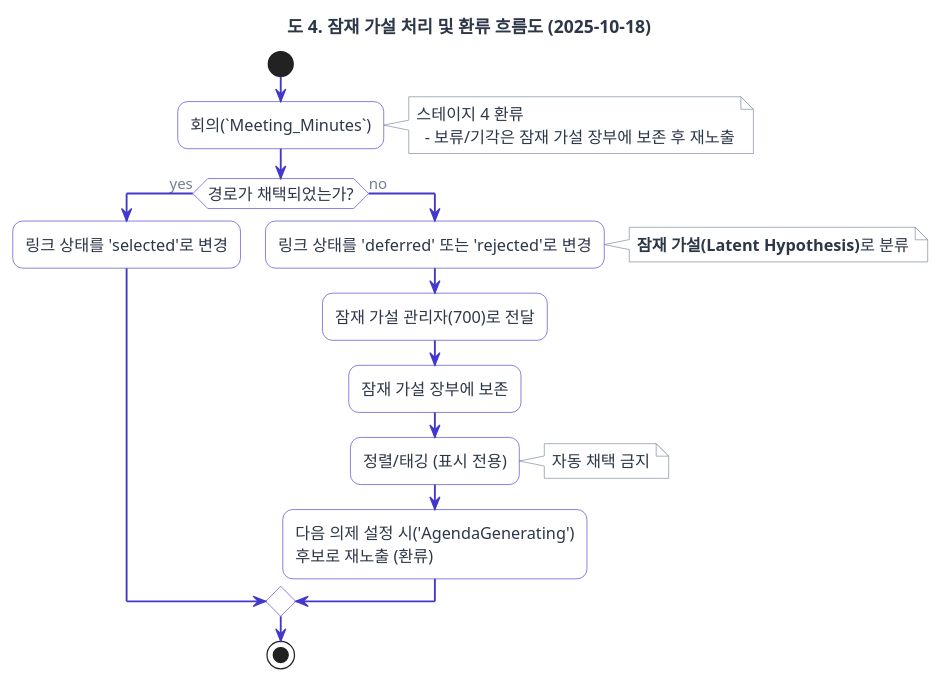
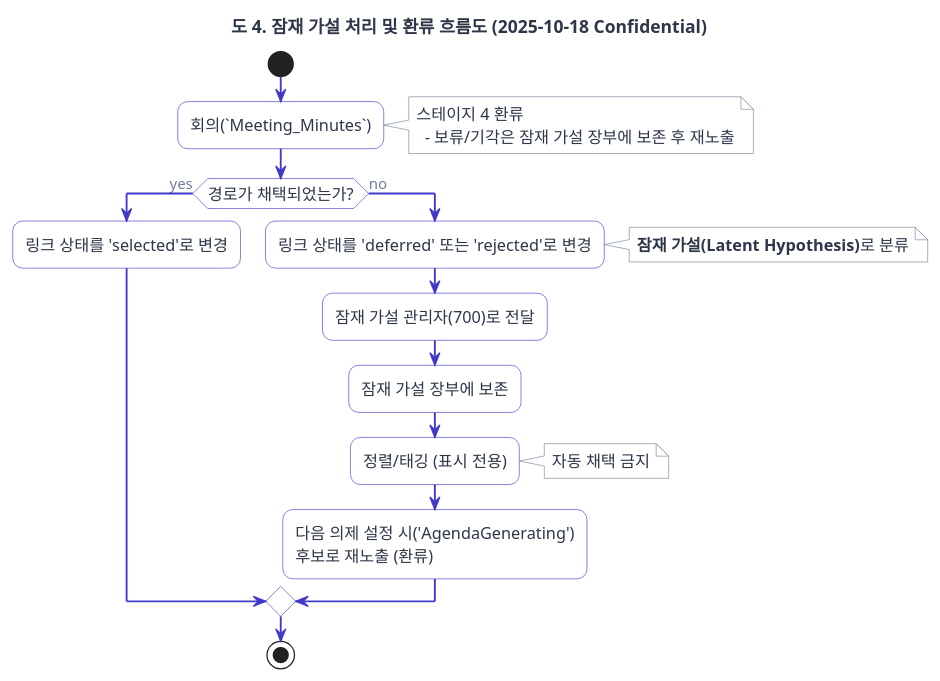
The diagram in diagrams/5_hypothesis_feedback_flow.puml (hamnYK/worflogyTemp), drawn with PlantUML before and after one commit. The commit also changed 13 other files, not shown here.

```diff
--- a/diagrams/5_hypothesis_feedback_flow.puml
+++ b/diagrams/5_hypothesis_feedback_flow.puml
@@ -1,110 +1,110 @@
 @startuml
 
-title 도 4. 잠재 가설 처리 및 환류 흐름도 (2025-10-18)
+title 도 4. 잠재 가설 처리 및 환류 흐름도 (2025-10-18 Confidential)
 
 '================================================================
 ' Worflogy.com Website Theme for PlantUML
 '================================================================
 
 '// 1. 전역 스타일 (Global Style & Fonts) //
 skinparam backgroundColor #ffffff
 skinparam defaultFontName "Pretendard"
 skinparam defaultFontSize 13
 skinparam defaultFontColor #2D3748
 skinparam shadowing false
 skinparam roundCorner 16
 
 '// 2. 화살표 및 연결선 스타일 (Arrow & Connector Style) //
 skinparam ArrowColor #718096
 skinparam ArrowThickness 1.5
 skinparam ArrowFontColor #718096
 skinparam ArrowFontSize 12
 skinparam linetype ortho
 
 '// 3. 기본 요소 스타일 (Standard Elements Style) //
 skinparam card {
   BackgroundColor #ffffff
   BorderColor #718096
 }
 skinparam note {
   BackgroundColor #ffffff
   BorderColor #718096
   FontColor #2D3748
 }
 skinparam component {
   BackgroundColor #ffffff
   BorderColor #718096
 }
 skinparam package {
   BackgroundColor #ffffff
   BorderColor #718096
 }
 skinparam database {
   BackgroundColor #ffffff
   BorderColor #718096
 }
 ' [추가] 파티션(Partition) 스타일 정의
 skinparam partition {
   BackgroundColor #F4F6F8 ' 웹사이트의 연한 배경색으로 구분감 부여
   BorderColor #718096
   FontColor #2D3748
 }
 
 '// 4. 강조 요소 스타일 (Accent Elements Style) //
 skinparam actor {
   BackgroundColor #4338CA
   BorderColor #4338CA
   FontColor #ffffff
 }
 skinparam participant {
   BackgroundColor #4338CA
   BorderColor #4338CA
   FontColor #ffffff
 }
 skinparam usecase {
   BackgroundColor #ffffff
   BorderColor #4338CA
   ArrowColor #4338CA
 }
 skinparam activity {
   BackgroundColor #ffffff
   BorderColor #4338CA
   FontColor #2D3748
 }
 
 '// 5. 클래스 다이어그램 스타일 (Class Diagram Style) //
 skinparam class {
   BackgroundColor #ffffff
   BorderColor #718096 ' [수정] 테두리 색상 변경
   HeaderBackgroundColor #4338CA
   FontColor #ffffff
   AttributeFontColor #2D3748
   AttributeFontSize 12
 }
 
 '================================================================
 
 start
 :회의(`Meeting_Minutes`);
 note right
 스테이지 4 환류
   - 보류/기각은 잠재 가설 장부에 보존 후 재노출
 end note
 if (경로가 채택되었는가?) then (yes)
   :링크 상태를 'selected'로 변경;
 else (no)
   :링크 상태를 'deferred' 또는 'rejected'로 변경;
   note right
   **잠재 가설(Latent Hypothesis)**로 분류
   end note
   :잠재 가설 관리자(700)로 전달;
   :잠재 가설 장부에 보존;
   :정렬/태깅 (표시 전용);
   note right
   자동 채택 금지
   end note
   :다음 의제 설정 시('AgendaGenerating')\n후보로 재노출 (환류);
 endif
 stop
 
 @enduml
```
